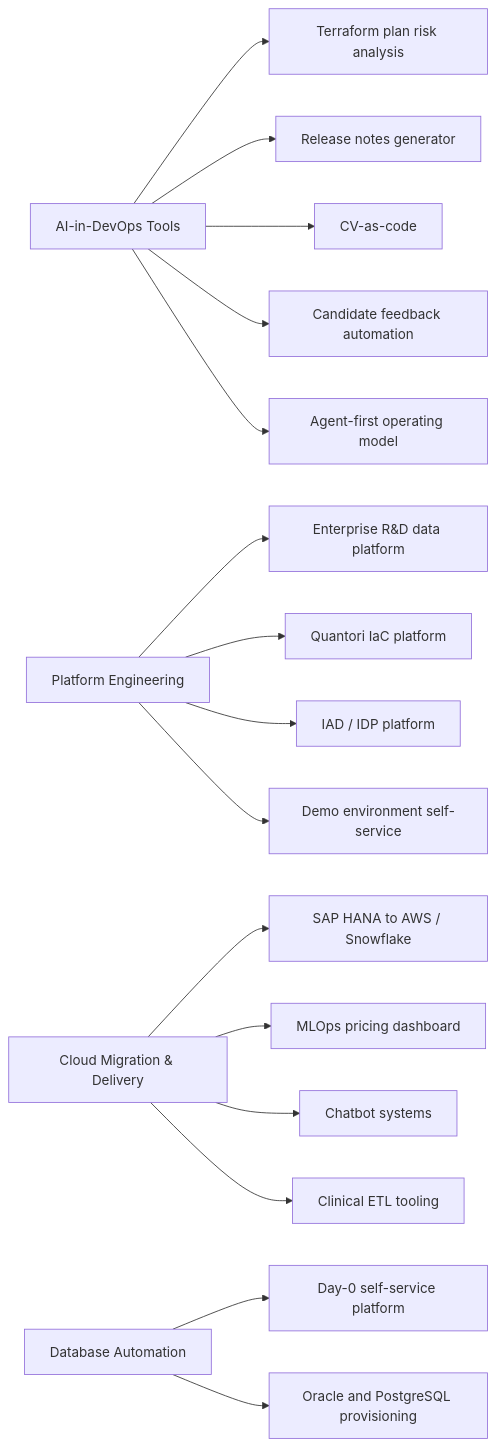
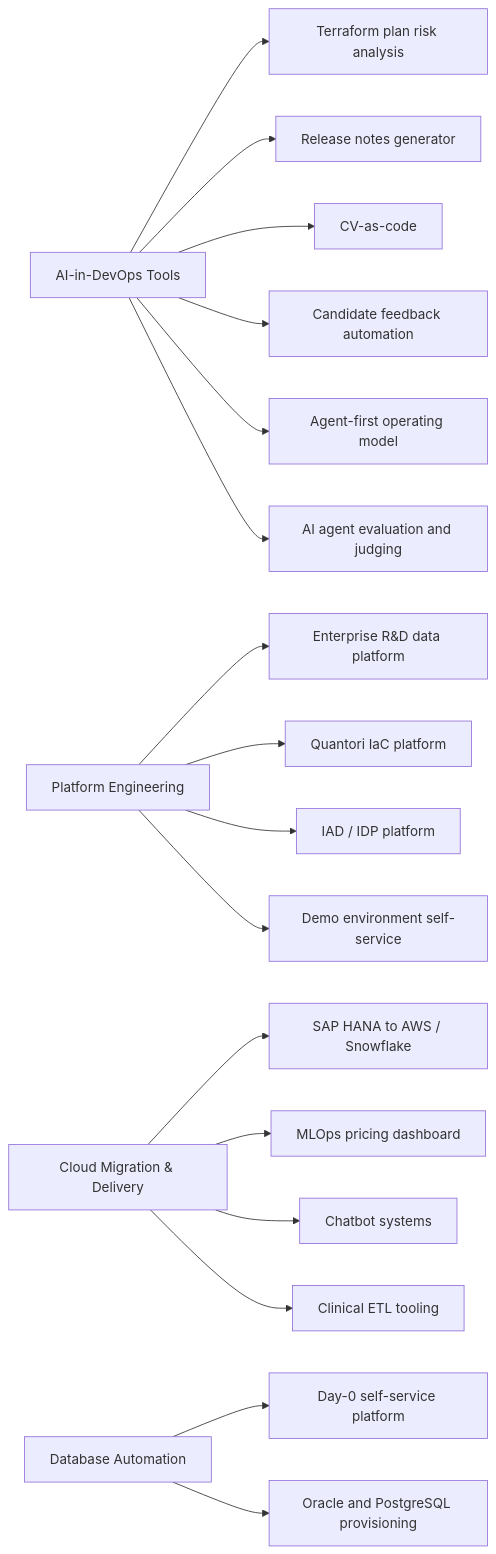
Before and after one commit to yurictl/ytimerkhanov-index.md: the diagram in README.md, drawn with Mermaid. The commit also changed other lines of this file and 1 other file, not shown here.

````diff
--- a/README.md
+++ b/README.md
@@ -27,21 +27,22 @@
 ```mermaid
 flowchart LR
     A["AI-in-DevOps Tools"] --> A1["Terraform plan risk analysis"]
     A --> A2["Release notes generator"]
     A --> A3["CV-as-code"]
     A --> A4["Candidate feedback automation"]
     A --> A5["Agent-first operating model"]
+    A --> A6["AI agent evaluation and judging"]
 
     B["Platform Engineering"] --> B1["Enterprise R&D data platform"]
     B --> B2["Quantori IaC platform"]
     B --> B3["IAD / IDP platform"]
     B --> B4["Demo environment self-service"]
 
     C["Cloud Migration & Delivery"] --> C1["SAP HANA to AWS / Snowflake"]
     C --> C2["MLOps pricing dashboard"]
     C --> C3["Chatbot systems"]
     C --> C4["Clinical ETL tooling"]
 
     D["Database Automation"] --> D1["Day-0 self-service platform"]
     D --> D2["Oracle and PostgreSQL provisioning"]
 ```
````
